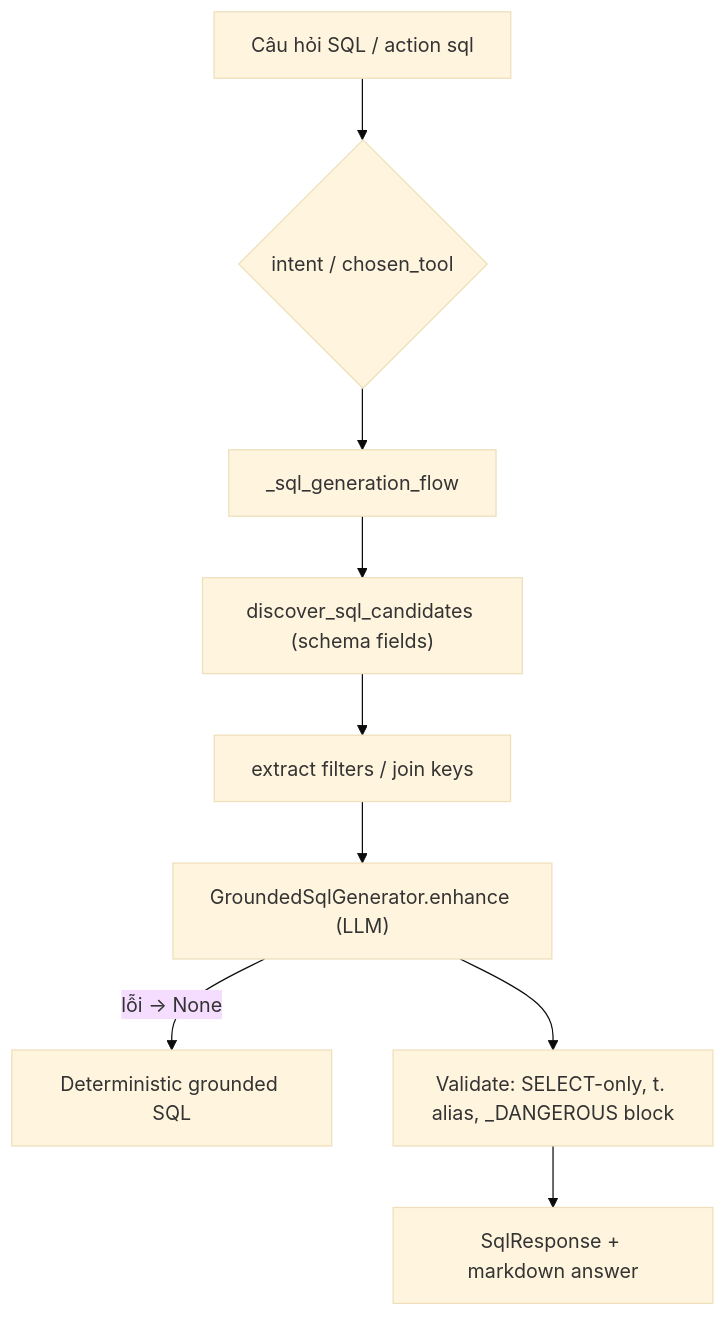
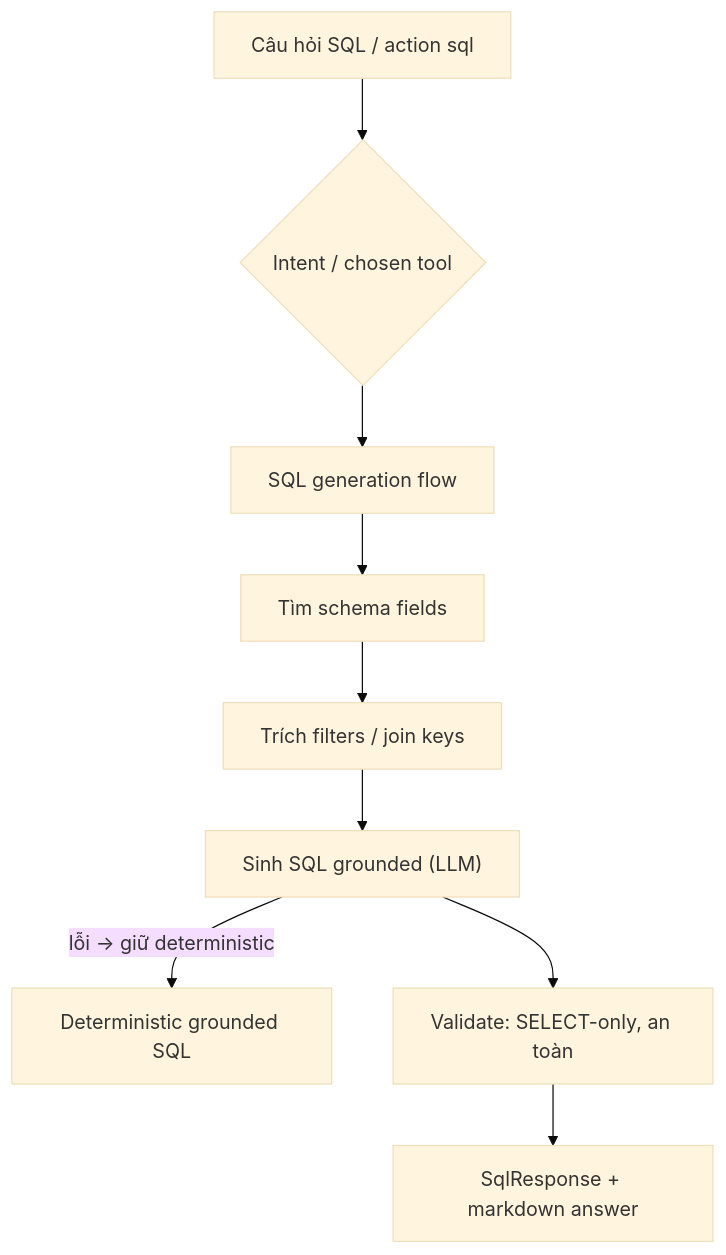
Diagram 11 of 16 in datahub-ai-chatbot/docs/TECHNICAL_ARCHITECTURE_REPORT.md (anoreo07/datahub_ai_chatbot), drawn with Mermaid (base theme) before and after one commit. The commit also changed other lines of this file and 414 other files, not shown here.

````diff
--- a/datahub-ai-chatbot/docs/TECHNICAL_ARCHITECTURE_REPORT.md
+++ b/datahub-ai-chatbot/docs/TECHNICAL_ARCHITECTURE_REPORT.md
@@ -850,11 +393,11 @@
 ```mermaid
 flowchart TD
-    SQLQ["Câu hỏi SQL / action sql"] -->     DET4{"intent / chosen_tool"}
-    DET4 --> FLOW["_sql_generation_flow"]
-    FLOW --> CAND["discover_sql_candidates (schema fields)"]
-    CAND --> FILTER["extract filters / join keys"]
-    FILTER --> LLMG["GroundedSqlGenerator.enhance (LLM)"]
-    LLMG -->|"lỗi → None"| DET2["Deterministic grounded SQL"]
-    LLMG --> VALID["Validate: SELECT-only, t. alias, _DANGEROUS block"]
+    SQLQ["Câu hỏi SQL / action sql"] --> DET4{"Intent / chosen tool"}
+    DET4 --> FLOW["SQL generation flow"]
+    FLOW --> CAND["Tìm schema fields"]
+    CAND --> FILTER["Trích filters / join keys"]
+    FILTER --> LLMG["Sinh SQL grounded (LLM)"]
+    LLMG -->|"lỗi → giữ deterministic"| DET2["Deterministic grounded SQL"]
+    LLMG --> VALID["Validate: SELECT-only, an toàn"]
     VALID --> RESP3["SqlResponse + markdown answer"]
 ```
````
